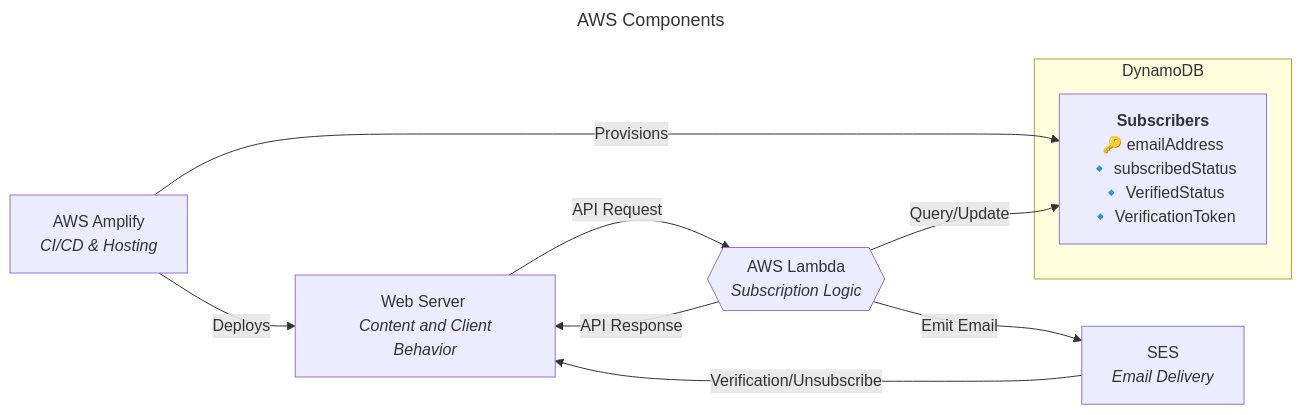
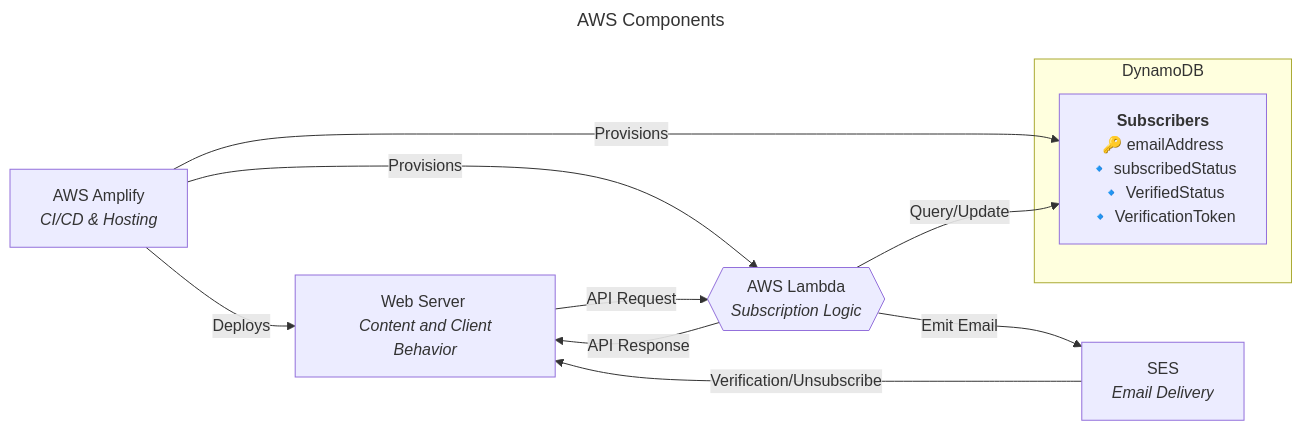
The first of 3 diagrams in design/subscriber_system.md (tapphughesn/blog), drawn with Mermaid before and after one commit. The commit also changed other lines of this file, not shown here.

Commit message:
Add Lambda API spec

````diff
--- a/design/subscriber_system.md
+++ b/design/subscriber_system.md
@@ -7,22 +7,23 @@
 ```mermaid
 ---
 title: AWS Components
 ---
 flowchart LR
     Amplify[AWS Amplify <br/> <i>CI/CD & Hosting</i>]
     Server[Web Server <br/> <i>Content and Client Behavior</i>]
     Lambda{{AWS Lambda <br/> <i>Subscription Logic</i>}}
     SES[SES <br/> <i>Email Delivery</i>]
 
     subgraph DynamoDB [DynamoDB]
         DB["<b>Subscribers</b> <br/> 🔑 emailAddress <br/> 🔹 subscribedStatus <br/> 🔹 VerifiedStatus <br/> 🔹 VerificationToken"]
     end
 
     Amplify -- Deploys --> Server
     Amplify -- Provisions --> DB
+    Amplify -- Provisions --> Lambda
     Server -- API Request --> Lambda
     Lambda -- API Response --> Server
     Lambda -- Query/Update --> DB
     Lambda -- Emit Email --> SES
     SES -- Verification/Unsubscribe --> Server
 ```
````
